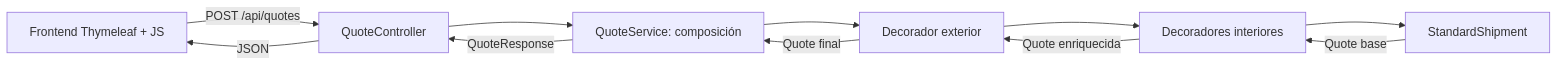
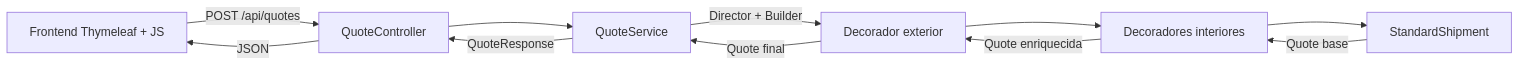
One commit to NicoalsD/PATRON-DECORATOR-FORK changed the diagram in docs/ARQUITECTURA.md. Above: the diagram before and after it, drawn with Mermaid. The commit also changed other lines of this file and 5 other files, not shown here.

First line of the commit message:
feat(builder): construir el envío decorado con Builder y Director

````diff
--- a/docs/ARQUITECTURA.md
+++ b/docs/ARQUITECTURA.md
@@ -5,13 +5,13 @@
 ```mermaid
 flowchart LR
     Browser[Frontend Thymeleaf + JS] -->|POST /api/quotes| Controller[QuoteController]
-    Controller --> Service[QuoteService: composición]
-    Service --> Outer[Decorador exterior]
+    Controller --> Service[QuoteService]
+    Service -->|Director + Builder| Outer[Decorador exterior]
     Outer --> Inner[Decoradores interiores]
     Inner --> Base[StandardShipment]
     Base -->|Quote base| Inner
     Inner -->|Quote enriquecida| Outer
     Outer -->|Quote final| Service
     Service -->|QuoteResponse| Controller
     Controller -->|JSON| Browser
 ```
````
